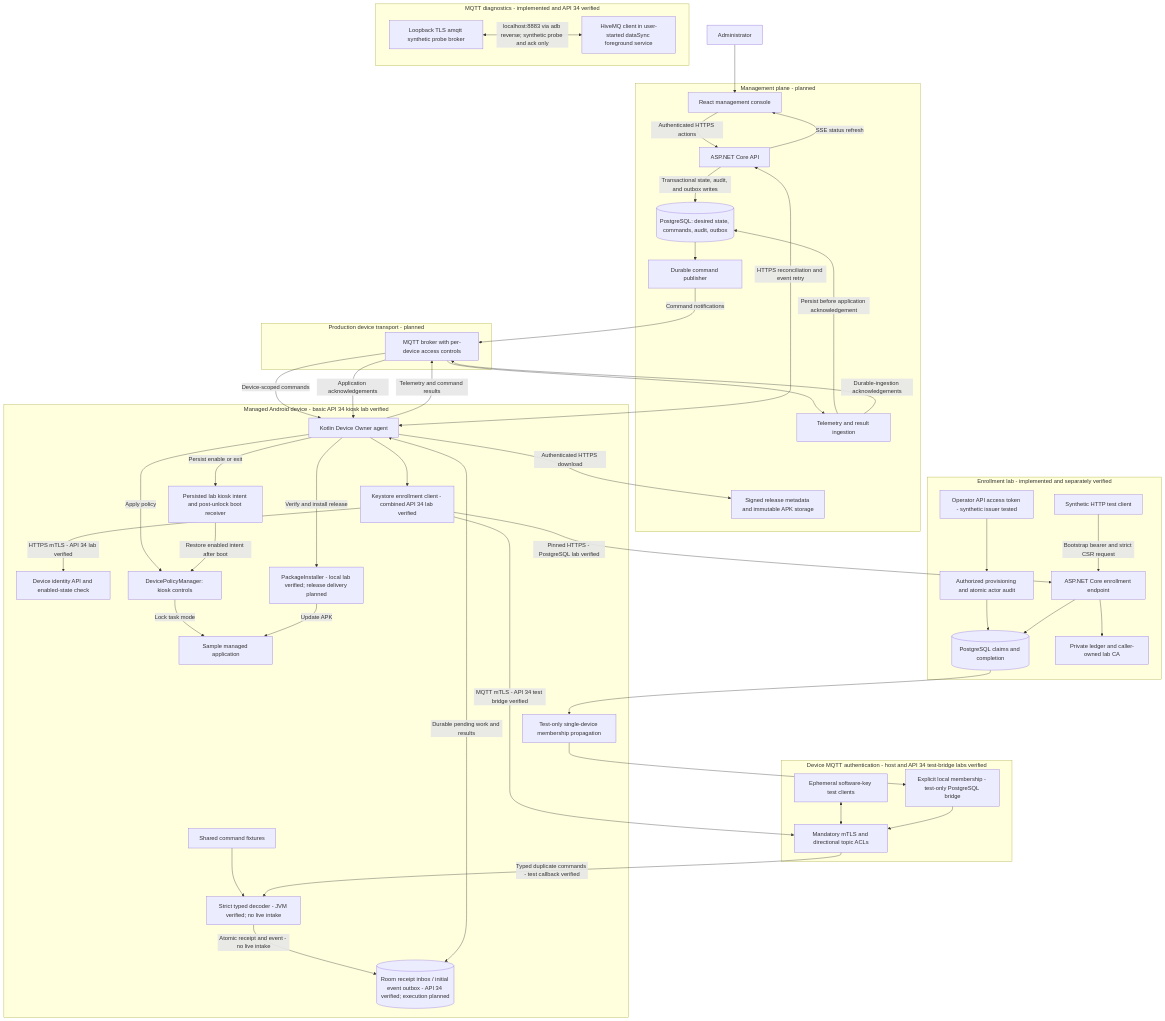
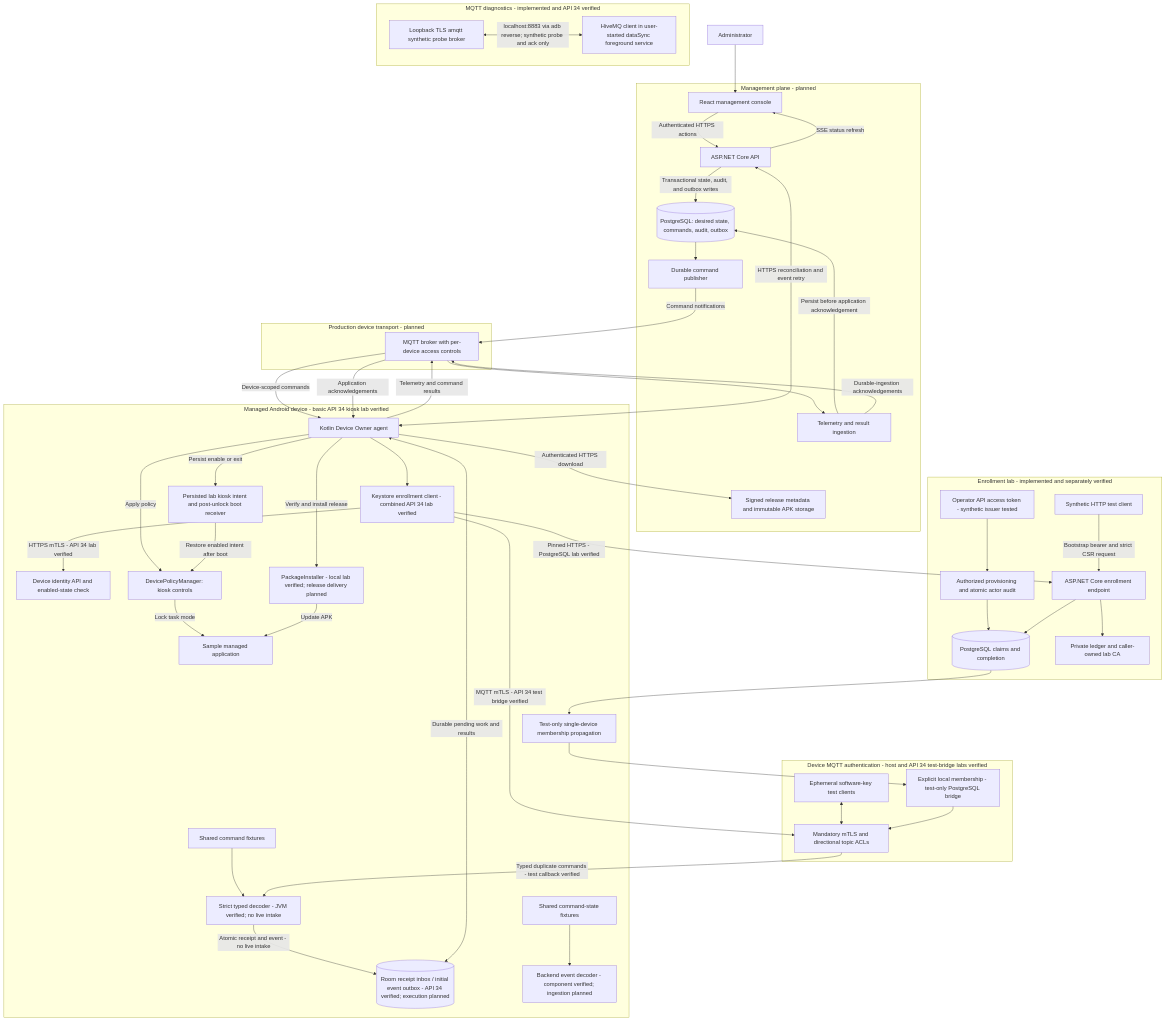
One commit to michaelnwanna/custom-android-mdm-agent changed the diagram in README.md. Above: the diagram before and after it, drawn with Mermaid. The commit also changed other lines of this file and 227 other files, not shown here.

Commit message:
Validate backend command-state events against shared contract fixtures

```diff
--- a/README.md
+++ b/README.md
@@ -113,6 +115,7 @@
 		CommandFixtures[Shared command fixtures] --> CommandDecoder[Strict typed decoder - JVM verified; no live intake]
 		CommandDecoder -->|Atomic receipt and event - no live intake| Room
 		DeviceLabBroker -->|Typed duplicate commands - test callback verified| CommandDecoder
+		EventFixtures[Shared command-state fixtures] --> EventDecoder[Backend event decoder - component verified; ingestion planned]
 		Policy[DevicePolicyManager: kiosk controls]
 		Boot[Persisted lab kiosk intent and post-unlock boot receiver]
 		Installer[PackageInstaller - local lab verified; release delivery planned]
```
